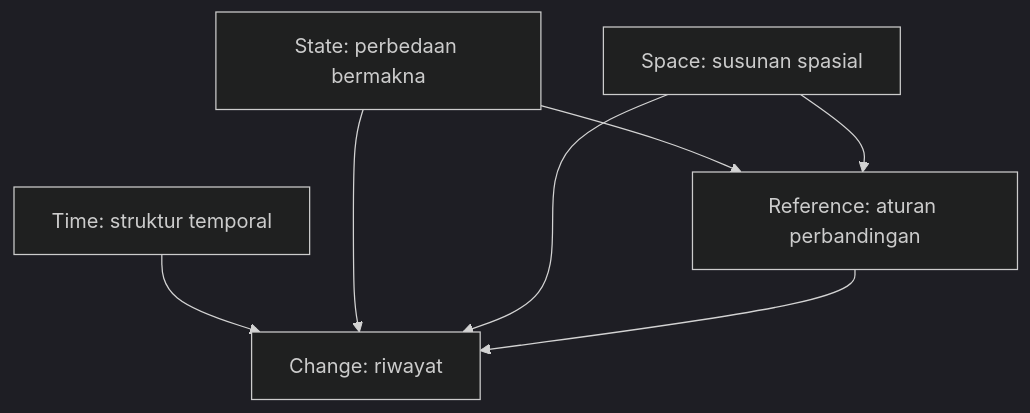
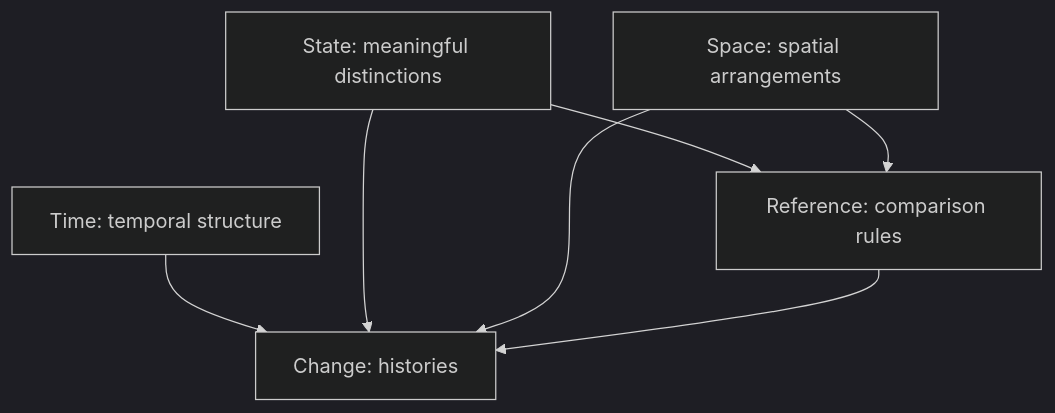
The first of 2 diagrams in Foundation/Structure/Architecture.md (arsafiqri-aybi/kinesis), drawn with Mermaid (dark theme) before and after one commit. The commit also changed other lines of this file and 29 other files, not shown here.

Commit message:
Translate the complete knowledge library and graph into English

````diff
--- a/Foundation/Structure/Architecture.md
+++ b/Foundation/Structure/Architecture.md
@@ -33,9 +33,9 @@
 ```mermaid
 flowchart TD
-    A["State: perbedaan bermakna"] --> D["Reference: aturan perbandingan"]
-    B["Time: struktur temporal"] --> E["Change: riwayat"]
-    C["Space: susunan spasial"] --> D
+    A["State: meaningful distinctions"] --> D["Reference: comparison rules"]
+    B["Time: temporal structure"] --> E["Change: histories"]
+    C["Space: spatial arrangements"] --> D
     A --> E
     C --> E
     D --> E
 ```
````
